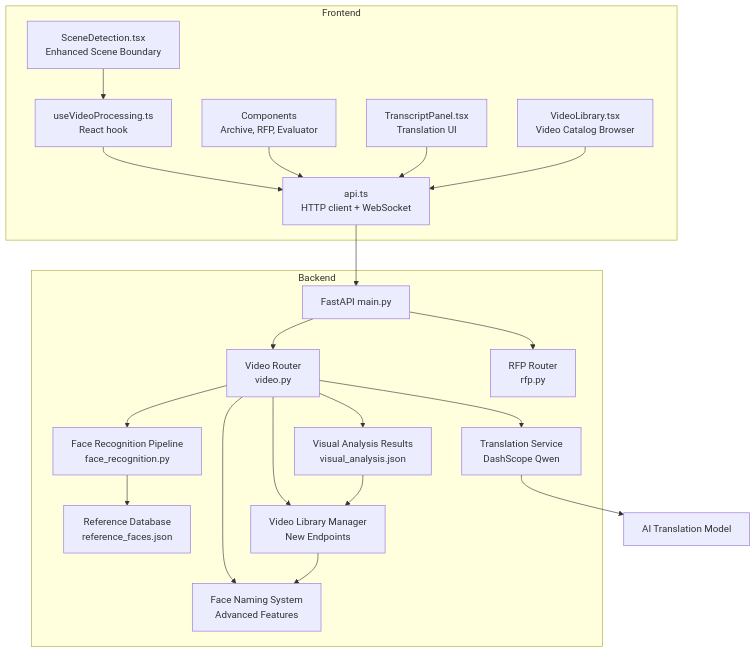
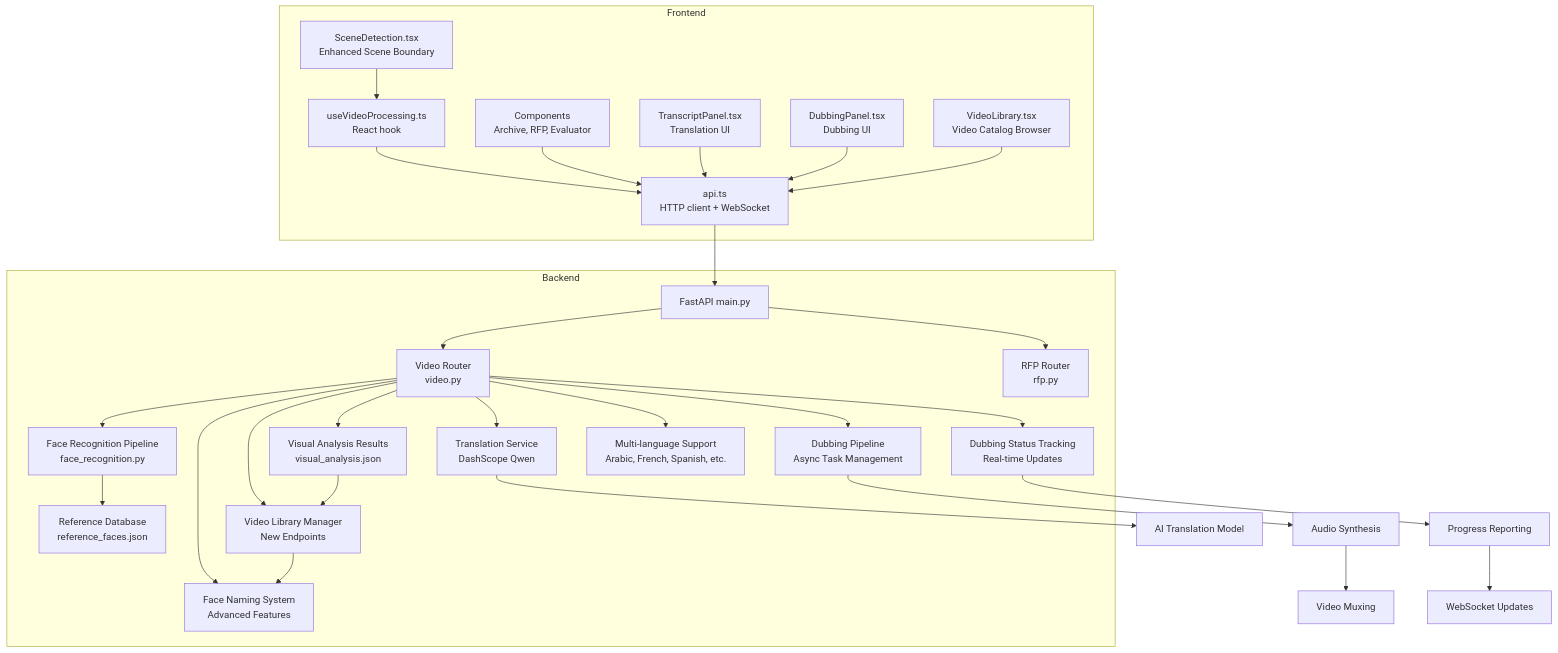
The first of 3 diagrams in .qoder/repowiki/en/content/Frontend Application/API Integration & State Management.md (alexandreybasta-cyber/dubai-media-ai), drawn with Mermaid before and after one commit. The commit also changed other lines of this file and 20 other files, not shown here.

````diff
--- a/.qoder/repowiki/en/content/Frontend Application/API Integration & State Management.md
+++ b/.qoder/repowiki/en/content/Frontend Application/API Integration & State Management.md
@@ -60,39 +66,51 @@
 ```mermaid
 graph TB
 subgraph "Frontend"
 A["api.ts<br/>HTTP client + WebSocket"]
 B["useVideoProcessing.ts<br/>React hook"]
 C["Components<br/>Archive, RFP, Evaluator"]
 D["TranscriptPanel.tsx<br/>Translation UI"]
-E["SceneDetection.tsx<br/>Enhanced Scene Boundary"]
-F["VideoLibrary.tsx<br/>Video Catalog Browser"]
+E["DubbingPanel.tsx<br/>Dubbing UI"]
+F["SceneDetection.tsx<br/>Enhanced Scene Boundary"]
+G["VideoLibrary.tsx<br/>Video Catalog Browser"]
 end
 subgraph "Backend"
-G["FastAPI main.py"]
-H["Video Router<br/>video.py"]
-I["RFP Router<br/>rfp.py"]
-J["Face Recognition Pipeline<br/>face_recognition.py"]
-K["Reference Database<br/>reference_faces.json"]
-L["Visual Analysis Results<br/>visual_analysis.json"]
-M["Video Library Manager<br/>New Endpoints"]
-N["Face Naming System<br/>Advanced Features"]
-O["Translation Service<br/>DashScope Qwen"]
+H["FastAPI main.py"]
+I["Video Router<br/>video.py"]
+J["RFP Router<br/>rfp.py"]
+K["Face Recognition Pipeline<br/>face_recognition.py"]
+L["Reference Database<br/>reference_faces.json"]
+M["Visual Analysis Results<br/>visual_analysis.json"]
+N["Video Library Manager<br/>New Endpoints"]
+O["Face Naming System<br/>Advanced Features"]
+P["Translation Service<br/>DashScope Qwen"]
+Q["Dubbing Pipeline<br/>Async Task Management"]
+R["Dubbing Status Tracking<br/>Real-time Updates"]
+S["Multi-language Support<br/>Arabic, French, Spanish, etc."]
 end
-A --> G
+A --> H
 B --> A
 C --> A
 D --> A
-E --> B
-F --> A
-G --> H
-G --> I
+E --> A
+F --> B
+G --> A
+H --> I
 H --> J
-H --> L
-H --> M
-H --> N
-H --> O
-J --> K
-L --> M
+I --> K
+I --> M
+I --> N
+I --> O
+I --> P
+I --> Q
+I --> R
+I --> S
+K --> L
 M --> N
-O --> P["AI Translation Model"]
+N --> O
+P --> T["AI Translation Model"]
+Q --> U["Audio Synthesis"]
+R --> V["Progress Reporting"]
+U --> W["Video Muxing"]
+V --> X["WebSocket Updates"]
 ```
````
